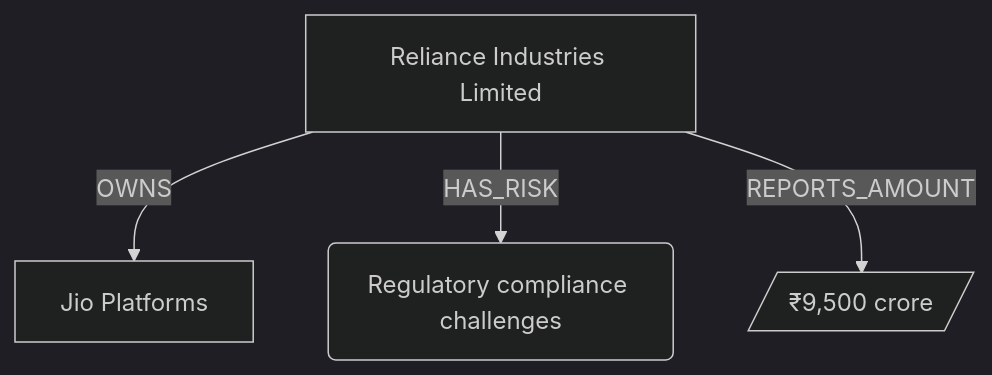
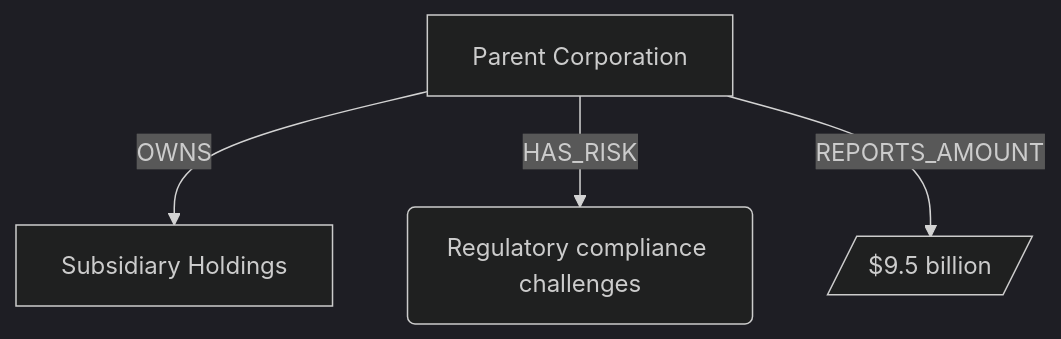
Before and after one commit to sanjaybharkatiya/financial-detective: the diagram in README.md, drawn with Mermaid (dark theme). The commit also changed other lines of this file and 3 other files, not shown here.

````diff
--- a/README.md
+++ b/README.md
@@ -332,11 +332,11 @@
 ```mermaid
 flowchart TD
-    company_1["Reliance Industries Limited"]
-    company_2["Jio Platforms"]
+    company_1["Parent Corporation"]
+    company_2["Subsidiary Holdings"]
     risk_1("Regulatory compliance challenges")
-    amount_1[/"₹9,500 crore"/]
+    amount_1[/"$9.5 billion"/]
 
     company_1 -->|OWNS| company_2
     company_1 -->|HAS_RISK| risk_1
     company_1 -->|REPORTS_AMOUNT| amount_1
 ```
````
